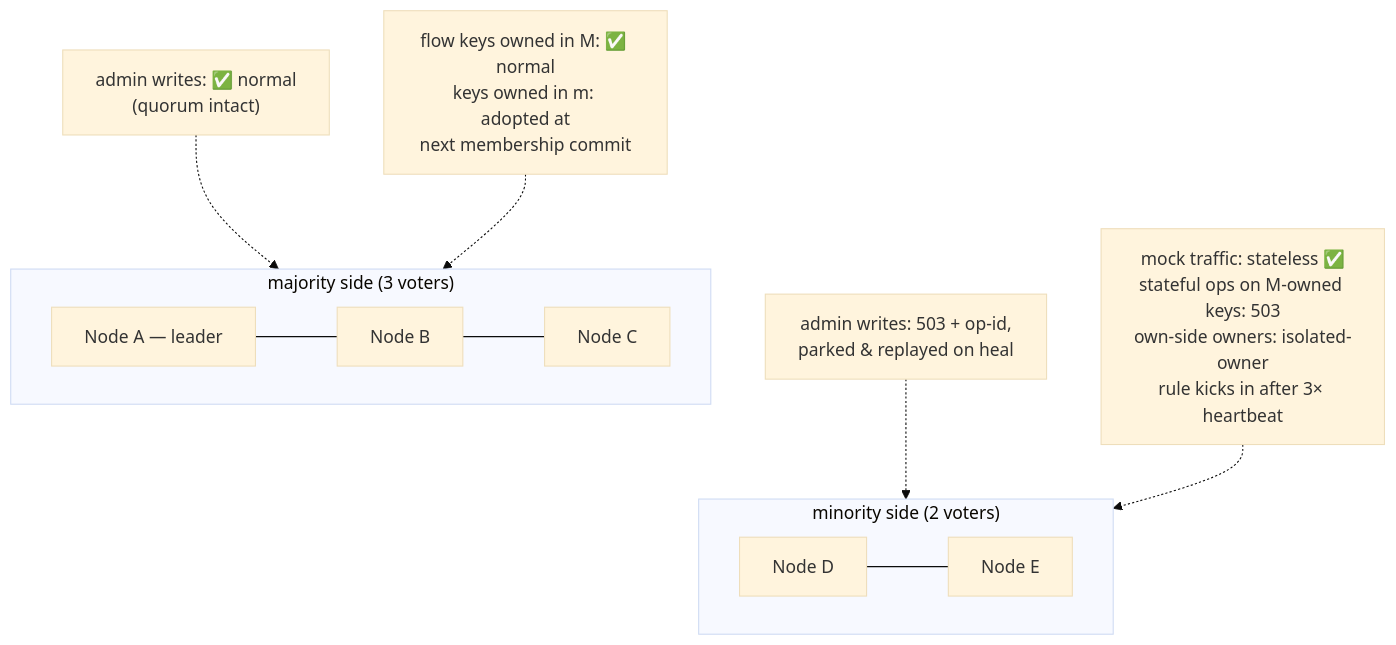
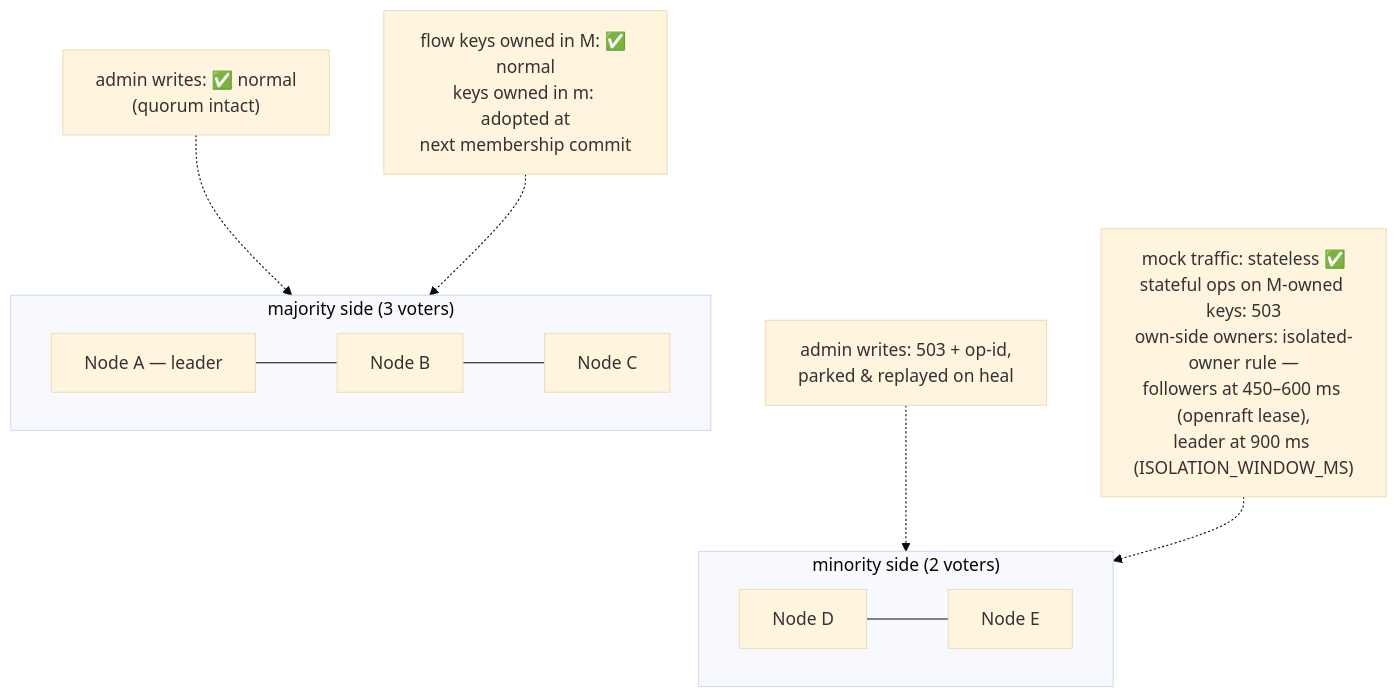
The diagram in docs/architecture/09-durability-failure.md (achird-labs/rift-cluster), drawn with Mermaid (base theme) before and after one commit. The commit also changed 3 other files, not shown here.

First line of the commit message:
docs(flow-state): record the measured election cost in D-17 and pin the bound

````diff
--- a/docs/architecture/09-durability-failure.md
+++ b/docs/architecture/09-durability-failure.md
@@ -174,15 +174,15 @@
 ```mermaid
 flowchart TB
     subgraph M["majority side (3 voters)"]
         A[Node A — leader] --- B[Node B] --- C[Node C]
     end
     subgraph m["minority side (2 voters)"]
         D[Node D] --- E[Node E]
     end
     M ~~~ m
 
     W1["admin writes: ✅ normal<br/>(quorum intact)"] -.-> M
     W2["admin writes: 503 + op-id,<br/>parked & replayed on heal"] -.-> m
     F1["flow keys owned in M: ✅ normal<br/>keys owned in m: adopted at<br/>next membership commit"] -.-> M
-    F2["mock traffic: stateless ✅<br/>stateful ops on M-owned keys: 503<br/>own-side owners: isolated-owner<br/>rule kicks in after 3× heartbeat"] -.-> m
+    F2["mock traffic: stateless ✅<br/>stateful ops on M-owned keys: 503<br/>own-side owners: isolated-owner rule —<br/>followers at 450–600 ms (openraft lease),<br/>leader at 900 ms (ISOLATION_WINDOW_MS)"] -.-> m
 ```
````
